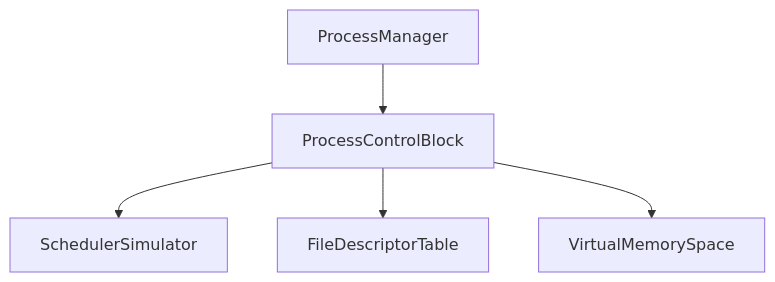
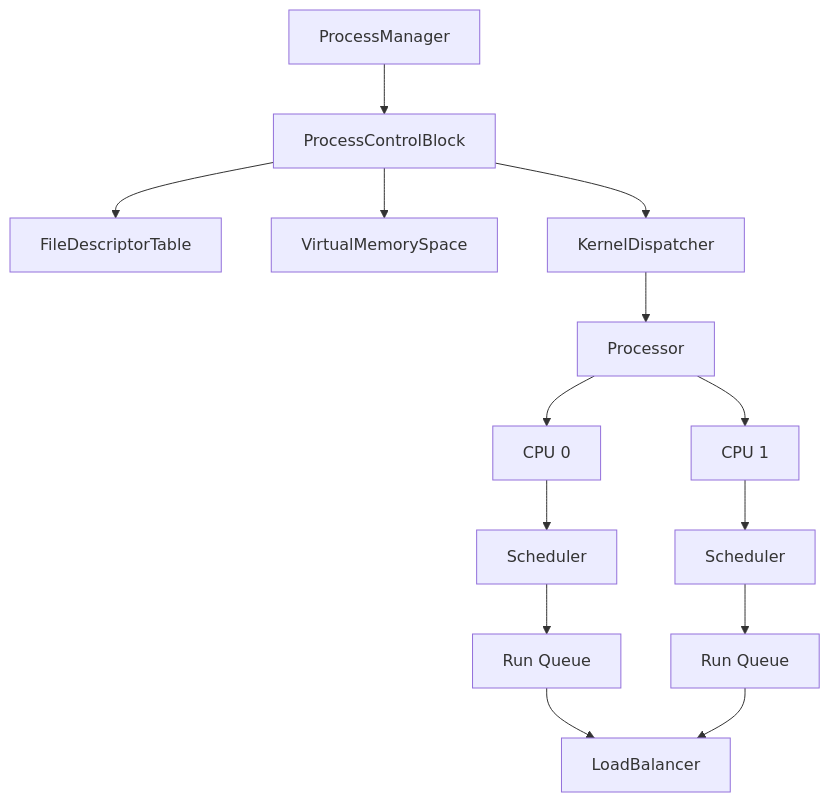
One commit to rohith-chitturi/java-virtual-OS changed the fourth of 6 diagrams in docs/architecture.md. Above: the diagram before and after it, drawn with Mermaid. The commit also changed other lines of this file and 22 other files, not shown here.

````diff
--- a/docs/architecture.md
+++ b/docs/architecture.md
@@ -109,13 +109,32 @@
 ```mermaid
 flowchart TD
     PM[ProcessManager]
     PCB[ProcessControlBlock]
-    Sched[SchedulerSimulator]
     FDT[FileDescriptorTable]
     MemSpace[VirtualMemorySpace]
     
+    KD[KernelDispatcher]
+    Proc[Processor]
+    CPU0[CPU 0]
+    CPU1[CPU 1]
+    Sched0[Scheduler]
+    Sched1[Scheduler]
+    RQ0[Run Queue]
+    RQ1[Run Queue]
+    LB[LoadBalancer]
+    
     PM --> PCB
-    PCB --> Sched
+    PCB --> KD
     PCB --> FDT
     PCB --> MemSpace
+    
+    KD --> Proc
+    Proc --> CPU0
+    Proc --> CPU1
+    CPU0 --> Sched0
+    CPU1 --> Sched1
+    Sched0 --> RQ0
+    Sched1 --> RQ1
+    RQ0 --> LB
+    RQ1 --> LB
 ```
````
